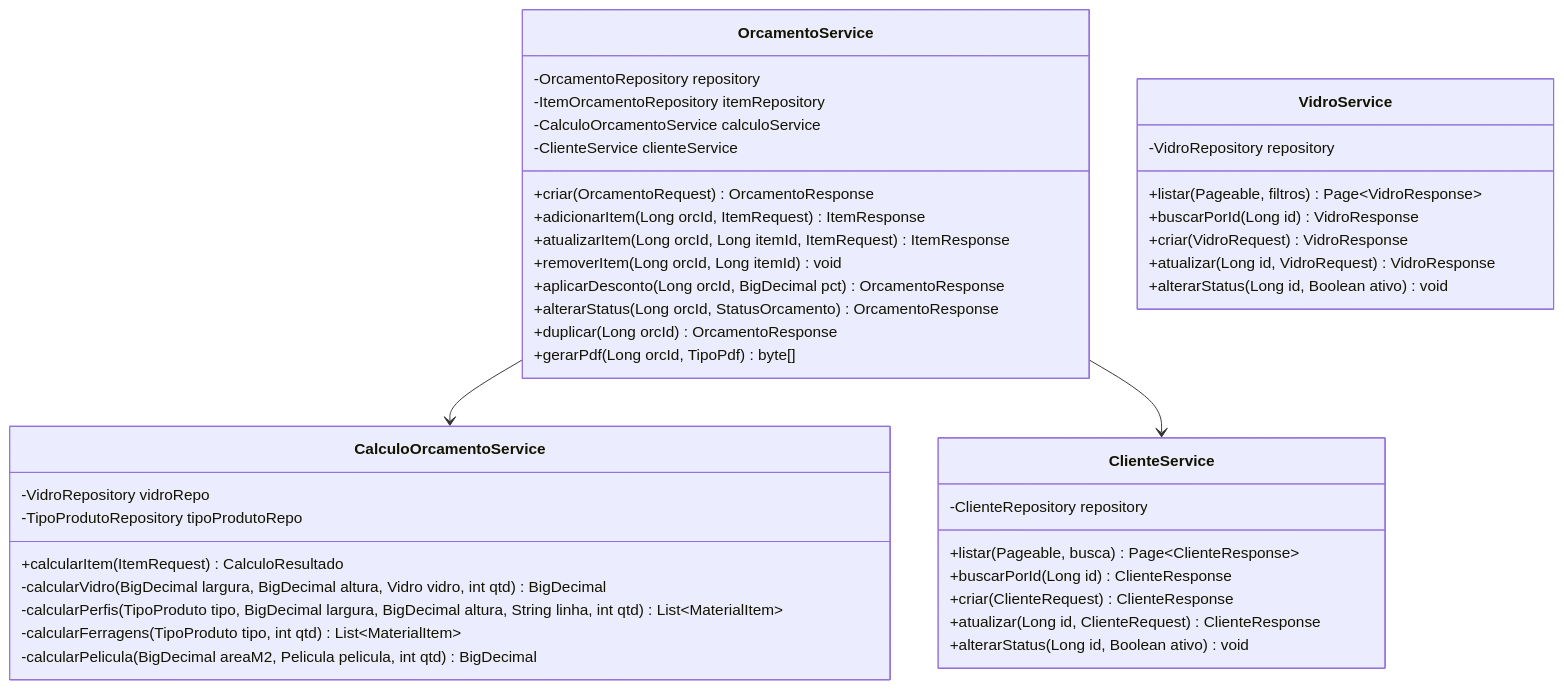
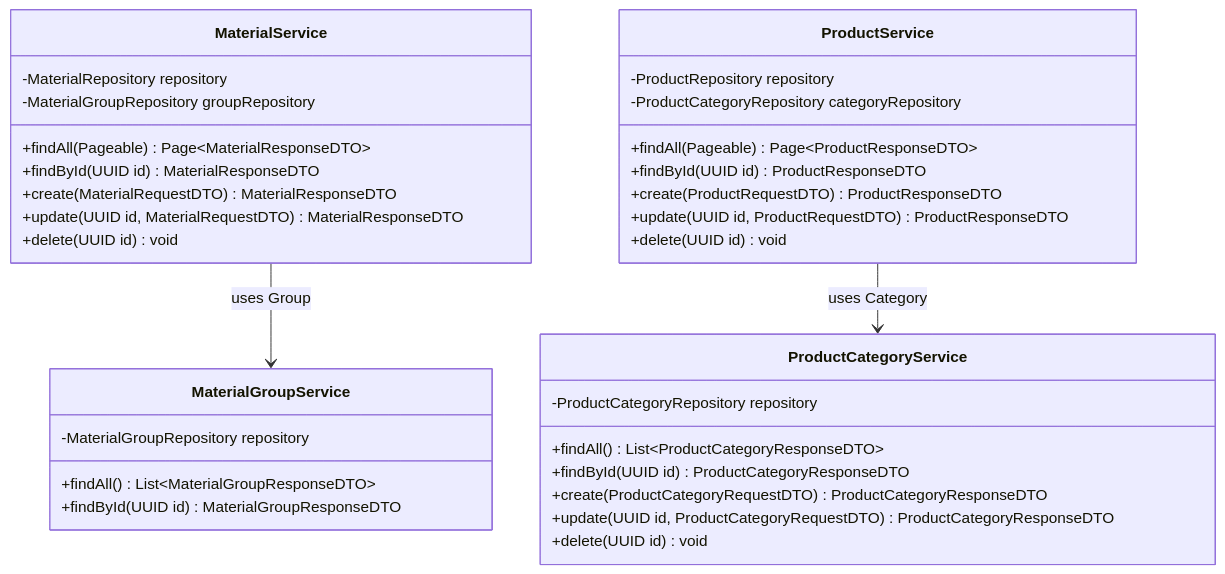
One commit to ADS-IFPB-SR/alumigest changed the second of 3 diagrams in docs/sistema/001-analise-projeto/DCC-Diagramas_de_Classes.md. Above: the diagram before and after it, drawn with Mermaid. The commit also changed other lines of this file and 15 other files, not shown here.

````diff
--- a/docs/sistema/001-analise-projeto/DCC-Diagramas_de_Classes.md
+++ b/docs/sistema/001-analise-projeto/DCC-Diagramas_de_Classes.md
@@ -197,48 +71,40 @@
 ```mermaid
 classDiagram
-    class OrcamentoService {
-        -OrcamentoRepository repository
-        -ItemOrcamentoRepository itemRepository
-        -CalculoOrcamentoService calculoService
-        -ClienteService clienteService
-        +criar(OrcamentoRequest) OrcamentoResponse
-        +adicionarItem(Long orcId, ItemRequest) ItemResponse
-        +atualizarItem(Long orcId, Long itemId, ItemRequest) ItemResponse
-        +removerItem(Long orcId, Long itemId) void
-        +aplicarDesconto(Long orcId, BigDecimal pct) OrcamentoResponse
-        +alterarStatus(Long orcId, StatusOrcamento) OrcamentoResponse
-        +duplicar(Long orcId) OrcamentoResponse
-        +gerarPdf(Long orcId, TipoPdf) byte[]
+    class MaterialGroupService {
+        -MaterialGroupRepository repository
+        +findAll() List~MaterialGroupResponseDTO~
+        +findById(UUID id) MaterialGroupResponseDTO
     }
 
-    class CalculoOrcamentoService {
-        -VidroRepository vidroRepo
-        -TipoProdutoRepository tipoProdutoRepo
-        +calcularItem(ItemRequest) CalculoResultado
-        -calcularVidro(BigDecimal largura, BigDecimal altura, Vidro vidro, int qtd) BigDecimal
-        -calcularPerfis(TipoProduto tipo, BigDecimal largura, BigDecimal altura, String linha, int qtd) List~MaterialItem~
-        -calcularFerragens(TipoProduto tipo, int qtd) List~MaterialItem~
-        -calcularPelicula(BigDecimal areaM2, Pelicula pelicula, int qtd) BigDecimal
+    class MaterialService {
+        -MaterialRepository repository
+        -MaterialGroupRepository groupRepository
+        +findAll(Pageable) Page~MaterialResponseDTO~
+        +findById(UUID id) MaterialResponseDTO
+        +create(MaterialRequestDTO) MaterialResponseDTO
+        +update(UUID id, MaterialRequestDTO) MaterialResponseDTO
+        +delete(UUID id) void
     }
 
-    class VidroService {
-        -VidroRepository repository
-        +listar(Pageable, filtros) Page~VidroResponse~
-        +buscarPorId(Long id) VidroResponse
-        +criar(VidroRequest) VidroResponse
-        +atualizar(Long id, VidroRequest) VidroResponse
-        +alterarStatus(Long id, Boolean ativo) void
+    class ProductCategoryService {
+        -ProductCategoryRepository repository
+        +findAll() List~ProductCategoryResponseDTO~
+        +findById(UUID id) ProductCategoryResponseDTO
+        +create(ProductCategoryRequestDTO) ProductCategoryResponseDTO
+        +update(UUID id, ProductCategoryRequestDTO) ProductCategoryResponseDTO
+        +delete(UUID id) void
     }
 
-    class ClienteService {
-        -ClienteRepository repository
-        +listar(Pageable, busca) Page~ClienteResponse~
-        +buscarPorId(Long id) ClienteResponse
-        +criar(ClienteRequest) ClienteResponse
-        +atualizar(Long id, ClienteRequest) ClienteResponse
-        +alterarStatus(Long id, Boolean ativo) void
+    class ProductService {
+        -ProductRepository repository
+        -ProductCategoryRepository categoryRepository
+        +findAll(Pageable) Page~ProductResponseDTO~
+        +findById(UUID id) ProductResponseDTO
+        +create(ProductRequestDTO) ProductResponseDTO
+        +update(UUID id, ProductRequestDTO) ProductResponseDTO
+        +delete(UUID id) void
     }
 
-    OrcamentoService --> CalculoOrcamentoService
-    OrcamentoService --> ClienteService
+    MaterialService --> MaterialGroupService : uses Group
+    ProductService --> ProductCategoryService : uses Category
 ```
````
